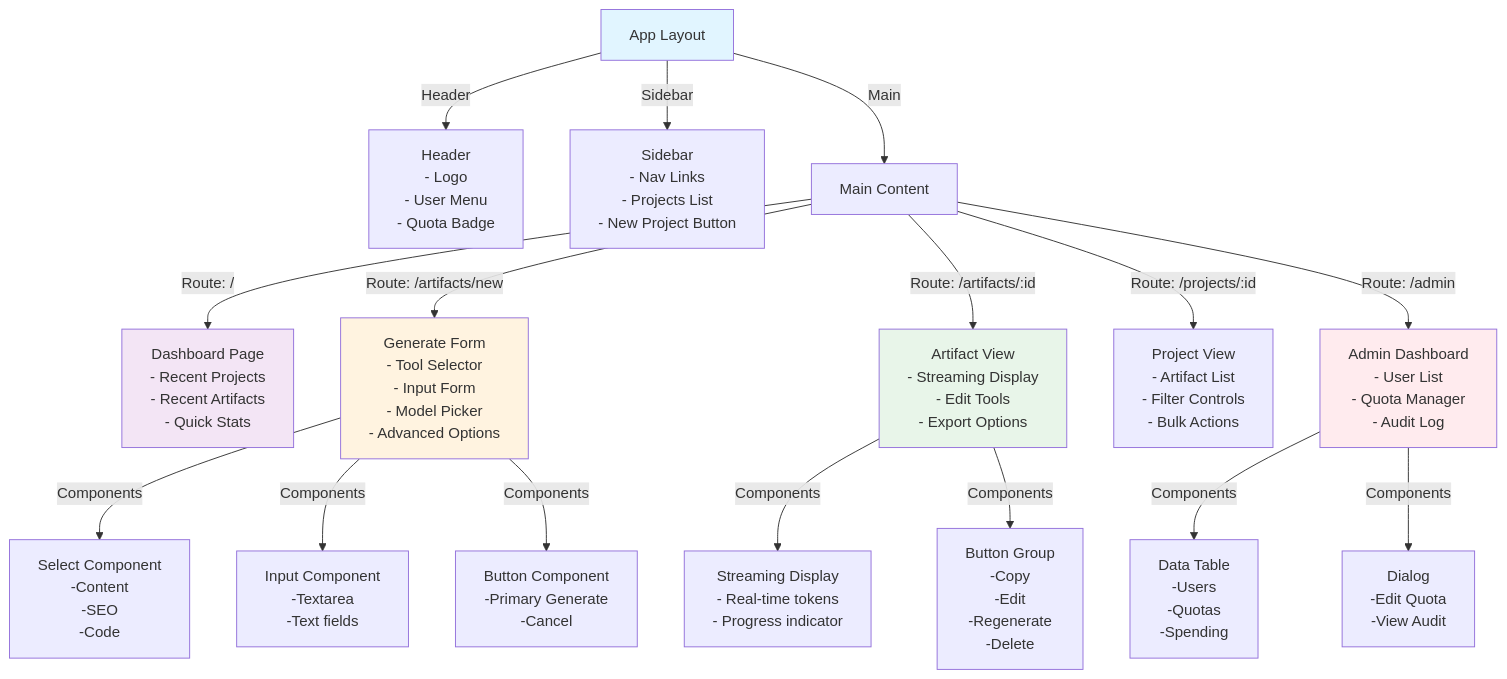
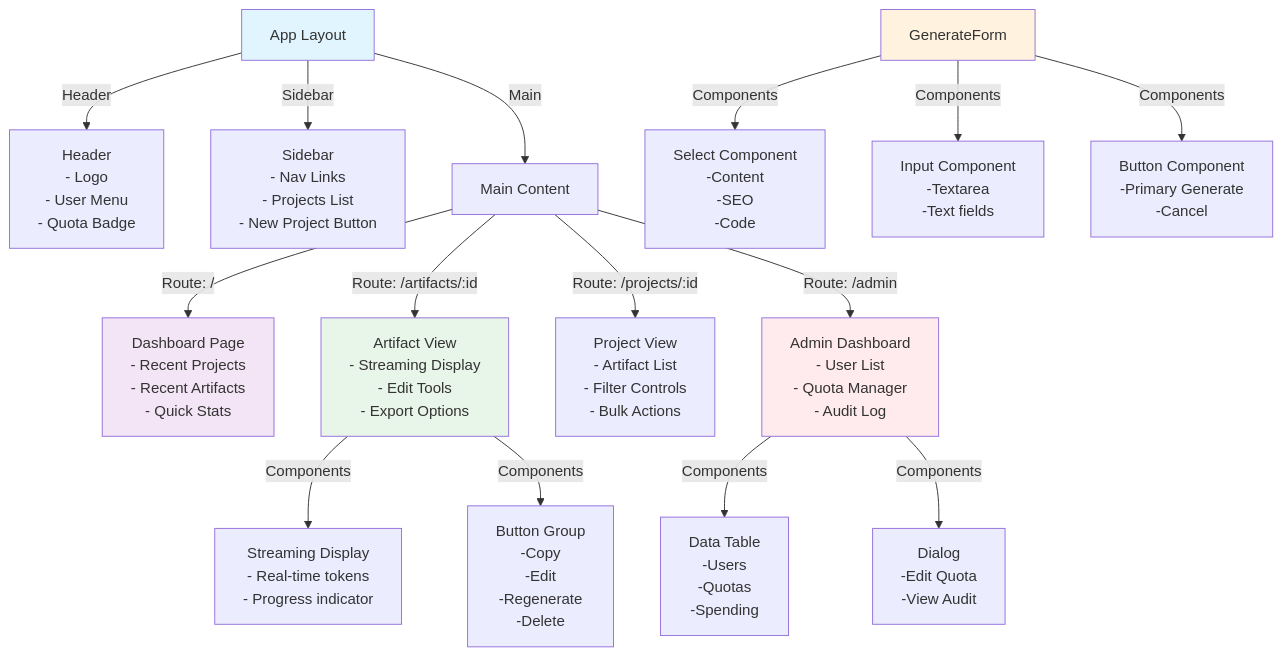
One commit to federicogerardi/gen-app changed diagram 11 of 12 in docs/diagrams/architecture-diagrams.md. Above: the diagram before and after it, drawn with Mermaid. The commit also changed 36 other files, not shown here.

````diff
--- a/docs/diagrams/architecture-diagrams.md
+++ b/docs/diagrams/architecture-diagrams.md
@@ -559,30 +559,29 @@
 ```mermaid
 graph TD
     App["App Layout"]
     
     App -->|Header| Header["Header<br/>- Logo<br/>- User Menu<br/>- Quota Badge"]
     App -->|Sidebar| Sidebar["Sidebar<br/>- Nav Links<br/>- Projects List<br/>- New Project Button"]
     App -->|Main| Main["Main Content"]
     
     Main -->|Route: /| Dashboard["Dashboard Page<br/>- Recent Projects<br/>- Recent Artifacts<br/>- Quick Stats"]
-    Main -->|Route: /artifacts/new| GenerateForm["Generate Form<br/>- Tool Selector<br/>- Input Form<br/>- Model Picker<br/>- Advanced Options"]
     Main -->|Route: /artifacts/:id| ArtifactView["Artifact View<br/>- Streaming Display<br/>- Edit Tools<br/>- Export Options"]
     Main -->|Route: /projects/:id| ProjectView["Project View<br/>- Artifact List<br/>- Filter Controls<br/>- Bulk Actions"]
     Main -->|Route: /admin| AdminDash["Admin Dashboard<br/>- User List<br/>- Quota Manager<br/>- Audit Log"]
     
     GenerateForm -->|Components|SelectTool["Select Component<br/>-Content<br/>-SEO<br/>-Code"]
     GenerateForm -->|Components| Input["Input Component<br/>-Textarea<br/>-Text fields"]
     GenerateForm -->|Components| Button["Button Component<br/>-Primary Generate<br/>-Cancel"]
     
     ArtifactView -->|Components| StreamDisplay["Streaming Display<br/>- Real-time tokens<br/>- Progress indicator"]
     ArtifactView -->|Components| Buttons["Button Group<br/>-Copy<br/>-Edit<br/>-Regenerate<br/>-Delete"]
     
     AdminDash -->|Components| Table["Data Table<br/>-Users<br/>-Quotas<br/>-Spending"]
     AdminDash -->|Components| Modal["Dialog<br/>-Edit Quota<br/>-View Audit"]
     
     style App fill:#e1f5ff
     style Dashboard fill:#f3e5f5
     style GenerateForm fill:#fff3e0
     style ArtifactView fill:#e8f5e9
     style AdminDash fill:#ffebee
 ```
````
